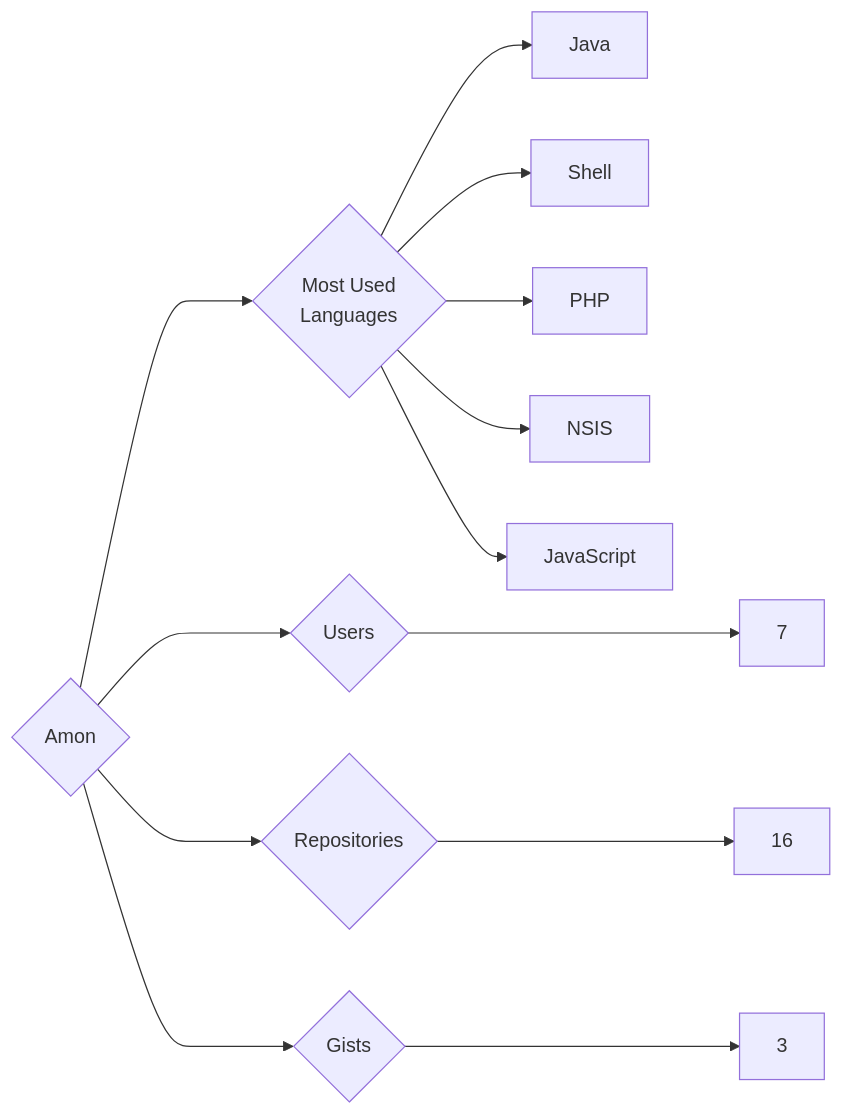
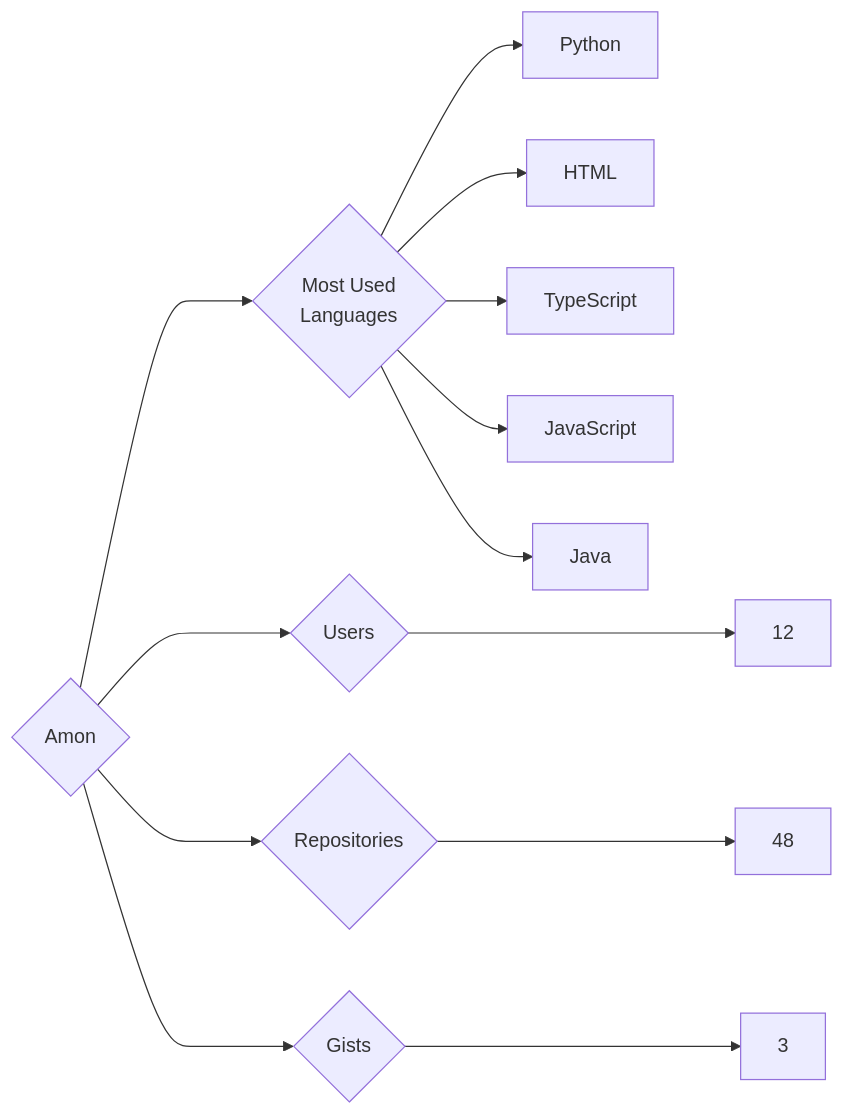
One commit to trickest/insiders changed the diagram in targets/Amon/README.md. Above: the diagram before and after it, drawn with Mermaid. The commit also changed 794 other files, not shown here.

````diff
--- a/targets/Amon/README.md
+++ b/targets/Amon/README.md
@@ -3,13 +3,13 @@
 ```mermaid
 graph LR
 COMPANY_NAME{Amon}
-COMPANY_NAME ---> U{Users} ---> UN[7]
-COMPANY_NAME ---> R{Repositories} ---> RN[16]
+COMPANY_NAME ---> U{Users} ---> UN[12]
+COMPANY_NAME ---> R{Repositories} ---> RN[48]
 COMPANY_NAME ---> G{Gists} ---> GN[3]
 COMPANY_NAME ---> ML{Most Used<br>Languages}
+ML --> Python[Python]
+ML --> HTML[HTML]
+ML --> TypeScript[TypeScript]
+ML --> JavaScript[JavaScript]
 ML --> Java[Java]
-ML --> Shell[Shell]
-ML --> PHP[PHP]
-ML --> NSIS[NSIS]
-ML --> JavaScript[JavaScript]
 ```
````
